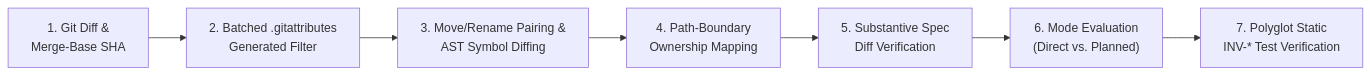
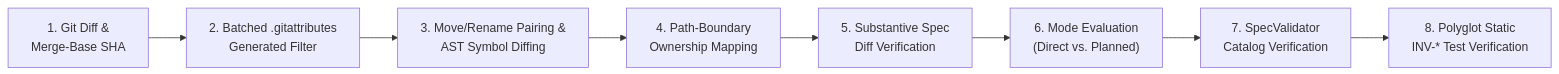
The third of 3 diagrams in docs/concepts/how-eidos-works.md (mchawa/eidos), drawn with Mermaid before and after one commit. The commit also changed other lines of this file and 9 other files, not shown here.

````diff
--- a/docs/concepts/how-eidos-works.md
+++ b/docs/concepts/how-eidos-works.md
@@ -157,9 +166,10 @@
 ```mermaid
 flowchart LR
     A["1. Git Diff &<br/>Merge-Base SHA"] --> B["2. Batched .gitattributes<br/>Generated Filter"]
     B --> C["3. Move/Rename Pairing &<br/>AST Symbol Diffing"]
     C --> D["4. Path-Boundary<br/>Ownership Mapping"]
     D --> E["5. Substantive Spec<br/>Diff Verification"]
     E --> F["6. Mode Evaluation<br/>(Direct vs. Planned)"]
-    F --> G["7. Polyglot Static<br/>INV-* Test Verification"]
+    F --> G["7. SpecValidator<br/>Catalog Verification"]
+    G --> H["8. Polyglot Static<br/>INV-* Test Verification"]
 ```
````
